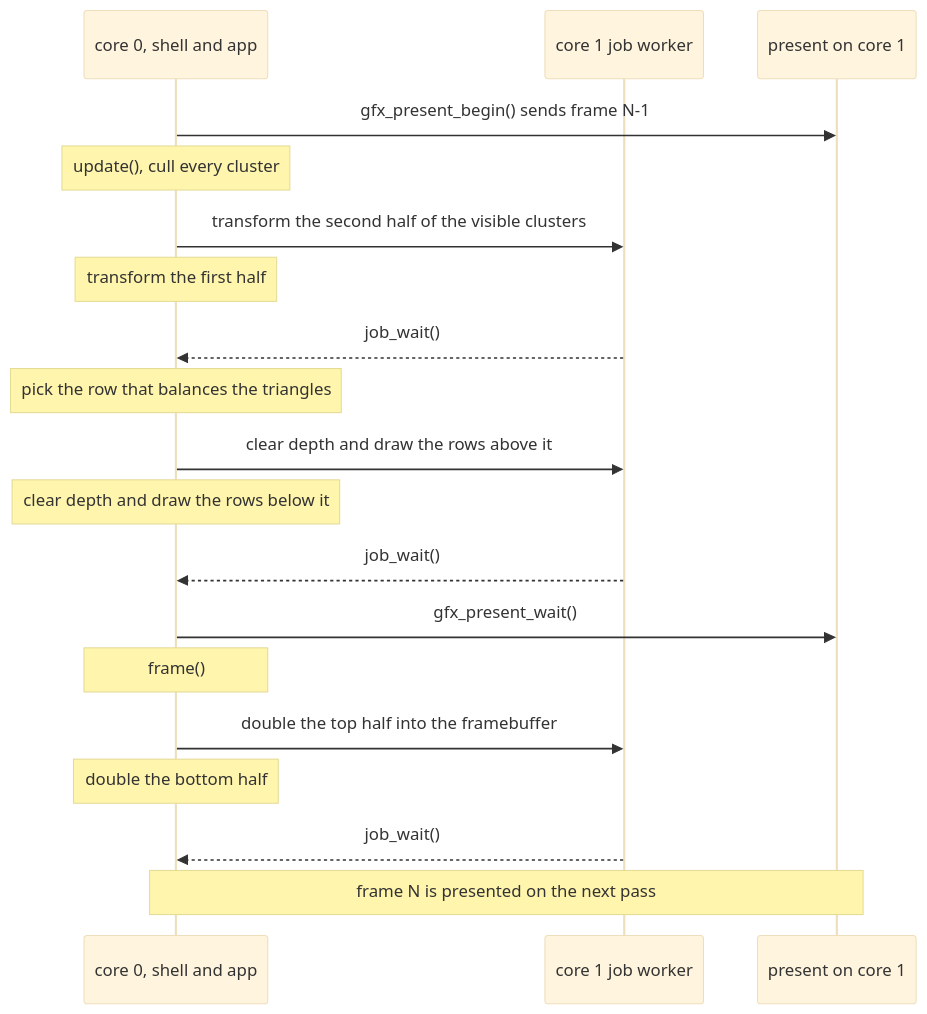
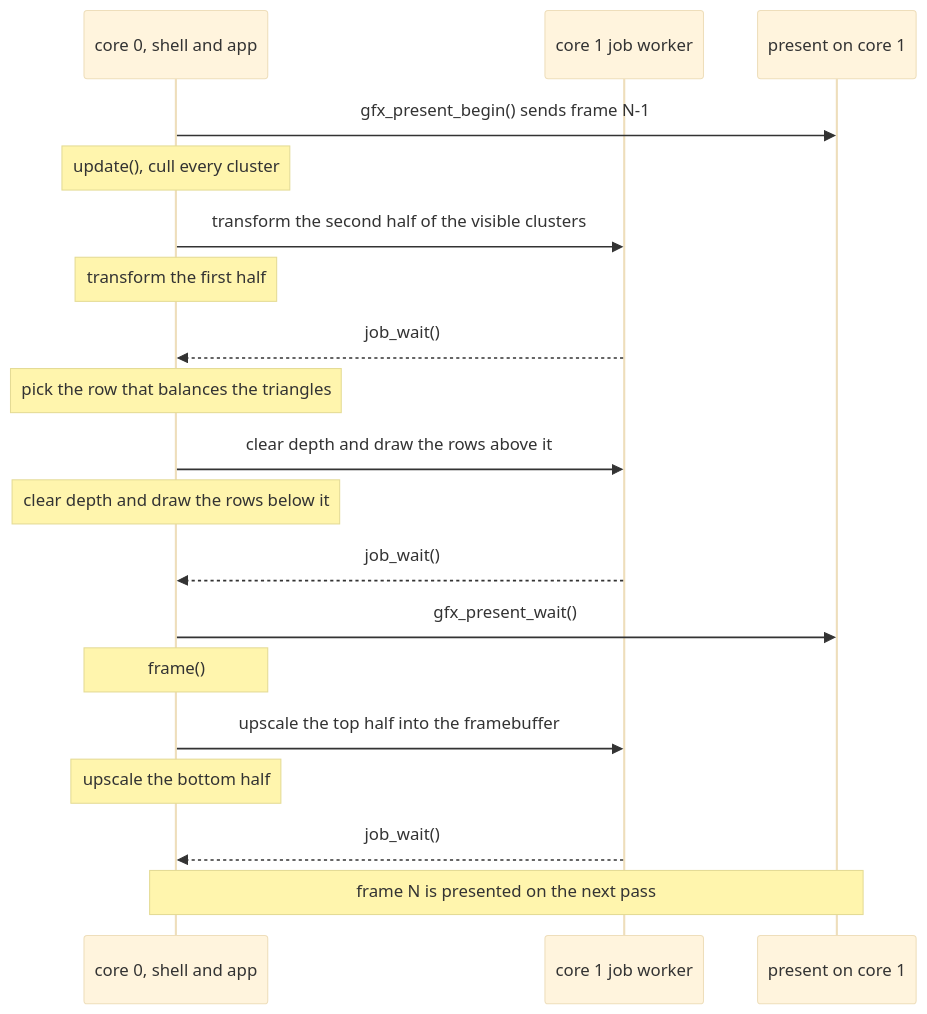
The second of 3 diagrams in docs/Mesh-Rendering.md (jose-villegas/autana), drawn with Mermaid (base theme) before and after one commit. The commit also changed other lines of this file and 8 other files, not shown here.

````diff
--- a/docs/Mesh-Rendering.md
+++ b/docs/Mesh-Rendering.md
@@ -94,21 +94,21 @@
 ```mermaid
 sequenceDiagram
     participant C0 as core 0, shell and app
     participant J as core 1 job worker
     participant P as present on core 1
     C0->>P: gfx_present_begin() sends frame N-1
     Note over C0: update(), cull every cluster
     C0->>J: transform the second half of the visible clusters
     Note over C0: transform the first half
     J-->>C0: job_wait()
     Note over C0: pick the row that balances the triangles
     C0->>J: clear depth and draw the rows above it
     Note over C0: clear depth and draw the rows below it
     J-->>C0: job_wait()
     C0->>P: gfx_present_wait()
     Note over C0: frame()
-    C0->>J: double the top half into the framebuffer
-    Note over C0: double the bottom half
+    C0->>J: upscale the top half into the framebuffer
+    Note over C0: upscale the bottom half
     J-->>C0: job_wait()
     Note over C0,P: frame N is presented on the next pass
 ```
````
